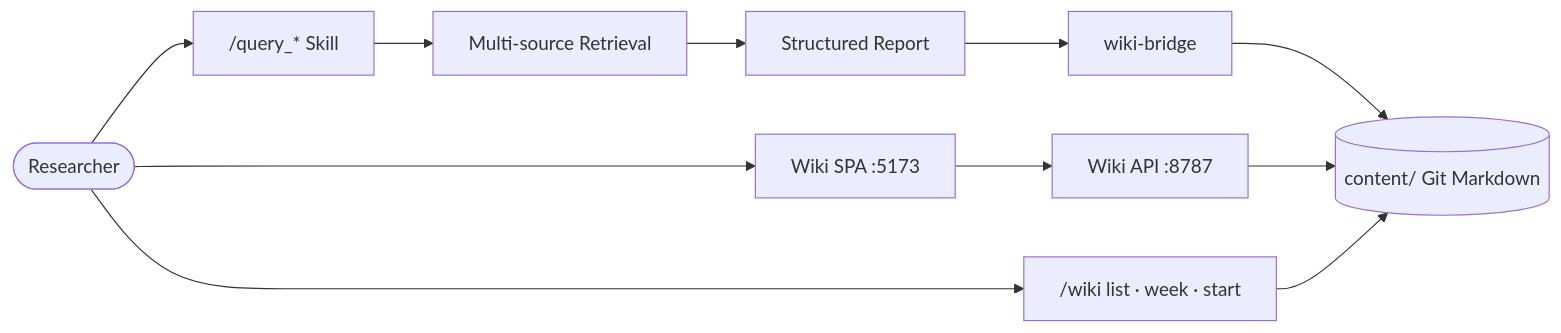
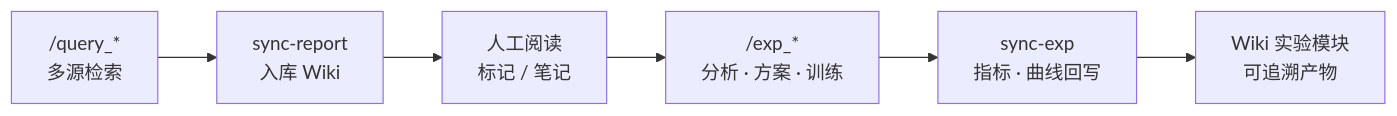
One commit to QinHsiu/Paper_Rec_Skill changed the diagram in README.md. Above: the diagram before and after it, drawn with Mermaid. The commit also changed other lines of this file and 55 other files, not shown here.

````diff
--- a/README.md
+++ b/README.md
@@ -49,13 +44,8 @@
 ```mermaid
 flowchart LR
-  U([Researcher]) --> S["/query_* Skill"]
-  S --> R[Multi-source Retrieval]
-  R --> O[Structured Report]
-  O --> B[wiki-bridge]
-  B --> C[(content/ Git Markdown)]
-  U --> W[Wiki SPA :5173]
-  W --> A[Wiki API :8787]
-  A --> C
-  U --> V["/wiki list · week · start"]
-  V --> C
+  A["/query_*<br/>多源检索"] --> B["sync-report<br/>入库 Wiki"]
+  B --> C["人工阅读<br/>标记 / 笔记"]
+  C --> D["/exp_*<br/>分析 · 方案 · 训练"]
+  D --> E["sync-exp<br/>指标 · 曲线回写"]
+  E --> F["Wiki 实验模块<br/>可追溯产物"]
 ```
````
